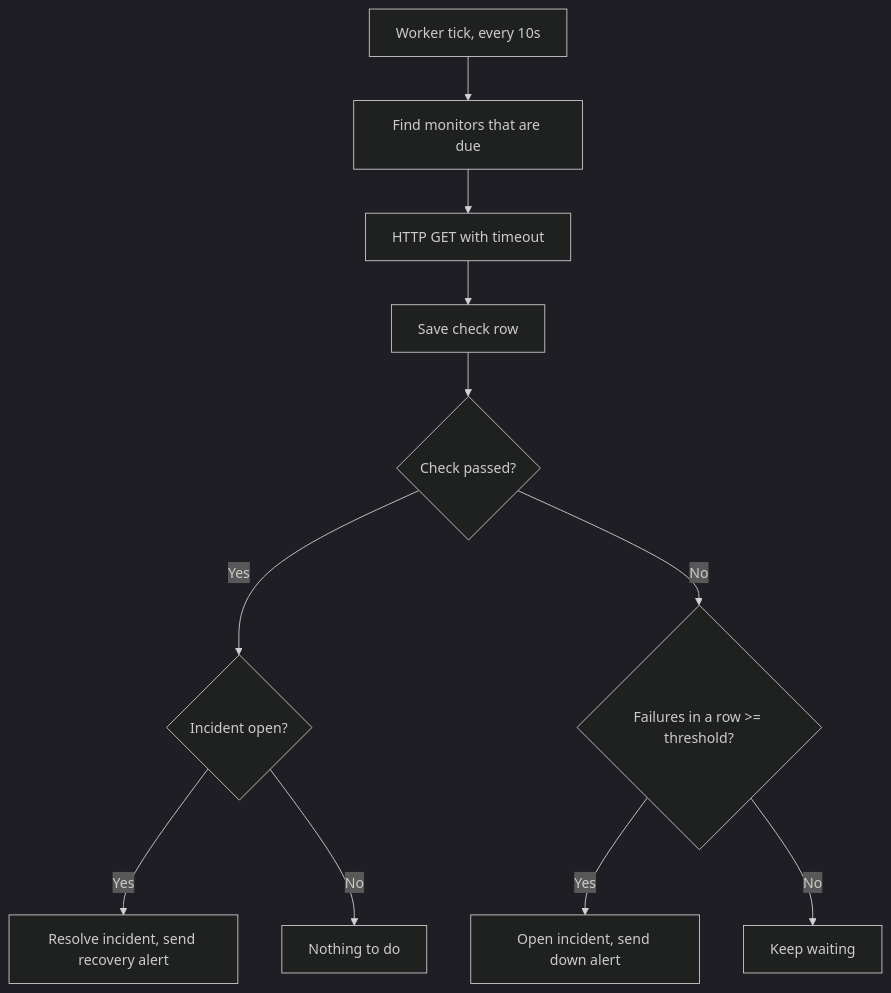
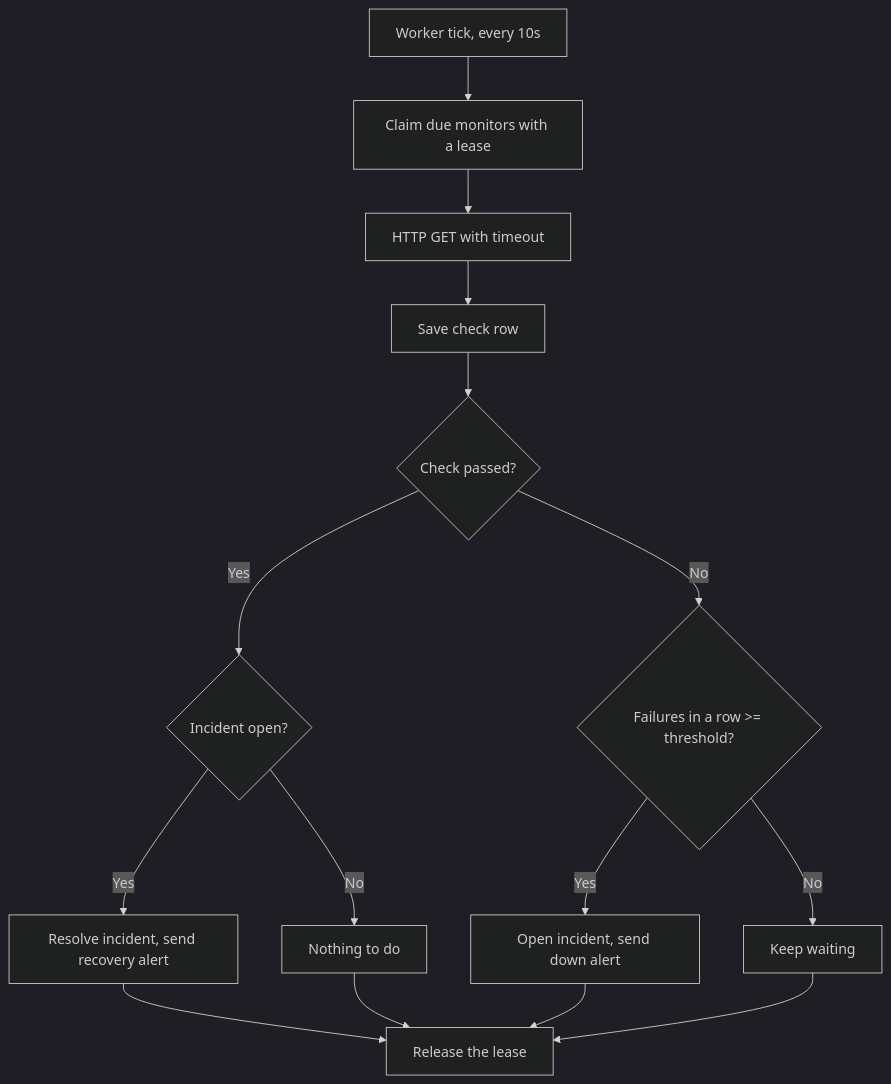
Before and after one commit to Aanushka001/uptimemonitor: the second of 2 diagrams in README.md, drawn with Mermaid (dark theme). The commit also changed other lines of this file, not shown here.

Commit message:
docs: rewrite README with setup, migrations, multi-worker and troubleshooting guides

````diff
--- a/README.md
+++ b/README.md
@@ -42,13 +66,17 @@
 ```mermaid
 flowchart TD
-    A["Worker tick, every 10s"] --> B["Find monitors that are due"]
+    A["Worker tick, every 10s"] --> B["Claim due monitors with a lease"]
     B --> C["HTTP GET with timeout"]
     C --> D["Save check row"]
     D --> E{"Check passed?"}
     E -- Yes --> F{"Incident open?"}
     F -- Yes --> G["Resolve incident, send recovery alert"]
     F -- No --> H["Nothing to do"]
     E -- No --> I{"Failures in a row >= threshold?"}
     I -- Yes --> J["Open incident, send down alert"]
     I -- No --> K["Keep waiting"]
+    G --> L["Release the lease"]
+    H --> L
+    J --> L
+    K --> L
 ```
````
